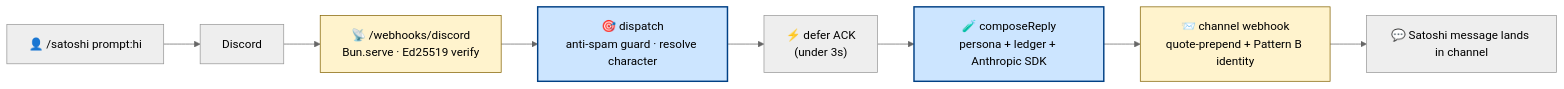
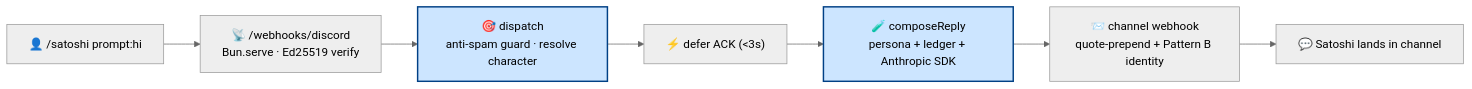
The second of 2 diagrams in README.md (0xHoneyJar/freeside-characters), drawn with Mermaid (neutral theme) before and after one commit. The commit also changed other lines of this file, not shown here.

First line of the commit message:
docs(readme): rewrite around the three-surface model + current architecture

````diff
--- a/README.md
+++ b/README.md
@@ -68,15 +112,11 @@
 ```mermaid
 flowchart LR
-  user["👤 /satoshi prompt:hi"] --> discord1["Discord"]
-  discord1 --> ep["📡 /webhooks/discord<br/>Bun.serve · Ed25519 verify"]
-  ep --> dispatch["🎯 dispatch<br/>anti-spam guard · resolve character"]
-  dispatch --> ack["⚡ defer ACK<br/>(under 3s)"]
-  ack --> compose2["🧪 composeReply<br/>persona + ledger + Anthropic SDK"]
-  compose2 --> webhook["📨 channel webhook<br/>quote-prepend + Pattern B identity"]
-  webhook --> discord2["💬 Satoshi message lands in channel"]
-
+  u["👤 /satoshi prompt:hi"] --> ep["📡 /webhooks/discord<br/>Bun.serve · Ed25519 verify"]
+  ep --> d["🎯 dispatch<br/>anti-spam guard · resolve character"]
+  d --> ack["⚡ defer ACK (<3s)"]
+  ack --> c["🧪 composeReply<br/>persona + ledger + Anthropic SDK"]
+  c --> wh["📨 channel webhook<br/>quote-prepend + Pattern B identity"]
+  wh --> out["💬 Satoshi lands in channel"]
   classDef sub fill:#cce5ff,stroke:#004085,stroke-width:2px
-  classDef io fill:#fff3cd,stroke:#856404
-  class dispatch,compose2 sub
-  class ep,webhook io
+  class d,c sub
 ```
````
